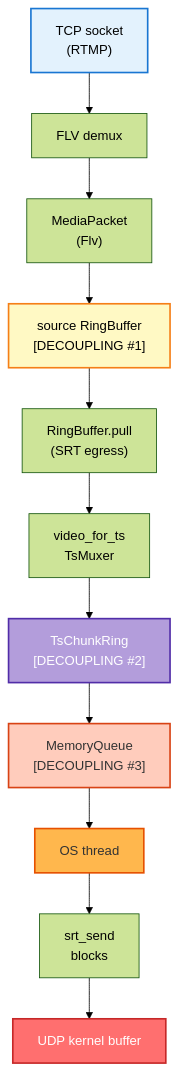
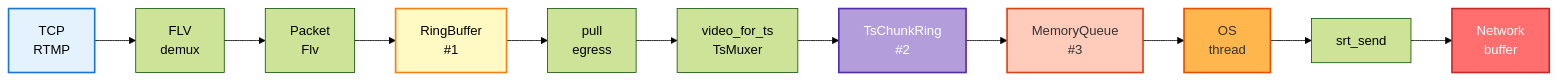
The sixth of 24 diagrams in docs/run-to-completion-analysis.md (live-miracles/restream), drawn with Mermaid (forest theme) before and after one commit. The commit also changed other lines of this file, not shown here.

First line of the commit message:
Restructure diagrams to use horizontal layout for vertical space efficiency

````diff
--- a/docs/run-to-completion-analysis.md
+++ b/docs/run-to-completion-analysis.md
@@ -285,23 +246,13 @@
 ```mermaid
-graph TD
-    A["TCP socket<br/>(RTMP)"]
-    B["FLV demux"]
-    C["MediaPacket<br/>(Flv)"]
-    D["source RingBuffer<br/>[DECOUPLING #1]"]
-    E["RingBuffer.pull<br/>(SRT egress)"]
-    F["video_for_ts<br/>TsMuxer"]
-    G["TsChunkRing<br/>[DECOUPLING #2]"]
-    H["MemoryQueue<br/>[DECOUPLING #3]"]
-    I["OS thread"]
-    J["srt_send<br/>blocks"]
-    K["UDP kernel buffer"]
-    
-    A --> B --> C --> D --> E --> F --> G --> H --> I --> J --> K
+graph LR
+    A["TCP<br/>RTMP"] --> B["FLV<br/>demux"] --> C["Packet<br/>Flv"] --> D["RingBuffer<br/>#1"]
+    D --> E["pull<br/>egress"] --> F["video_for_ts<br/>TsMuxer"] --> G["TsChunkRing<br/>#2"]
+    G --> H["MemoryQueue<br/>#3"] --> I["OS<br/>thread"] --> J["srt_send"] --> K["Network<br/>buffer"]
     
     style A fill:#e3f2fd,stroke:#1976d2,stroke-width:2px,color:#000
     style D fill:#fff9c4,stroke:#f57f17,stroke-width:2px,color:#000
     style G fill:#b39ddb,stroke:#512da8,stroke-width:2px,color:#fff
     style H fill:#ffccbc,stroke:#d84315,stroke-width:2px,color:#333
     style I fill:#ffb74d,stroke:#e65100,stroke-width:2px,color:#333
     style K fill:#ff6f6f,stroke:#c62828,stroke-width:2px,color:#fff
 ```
````
